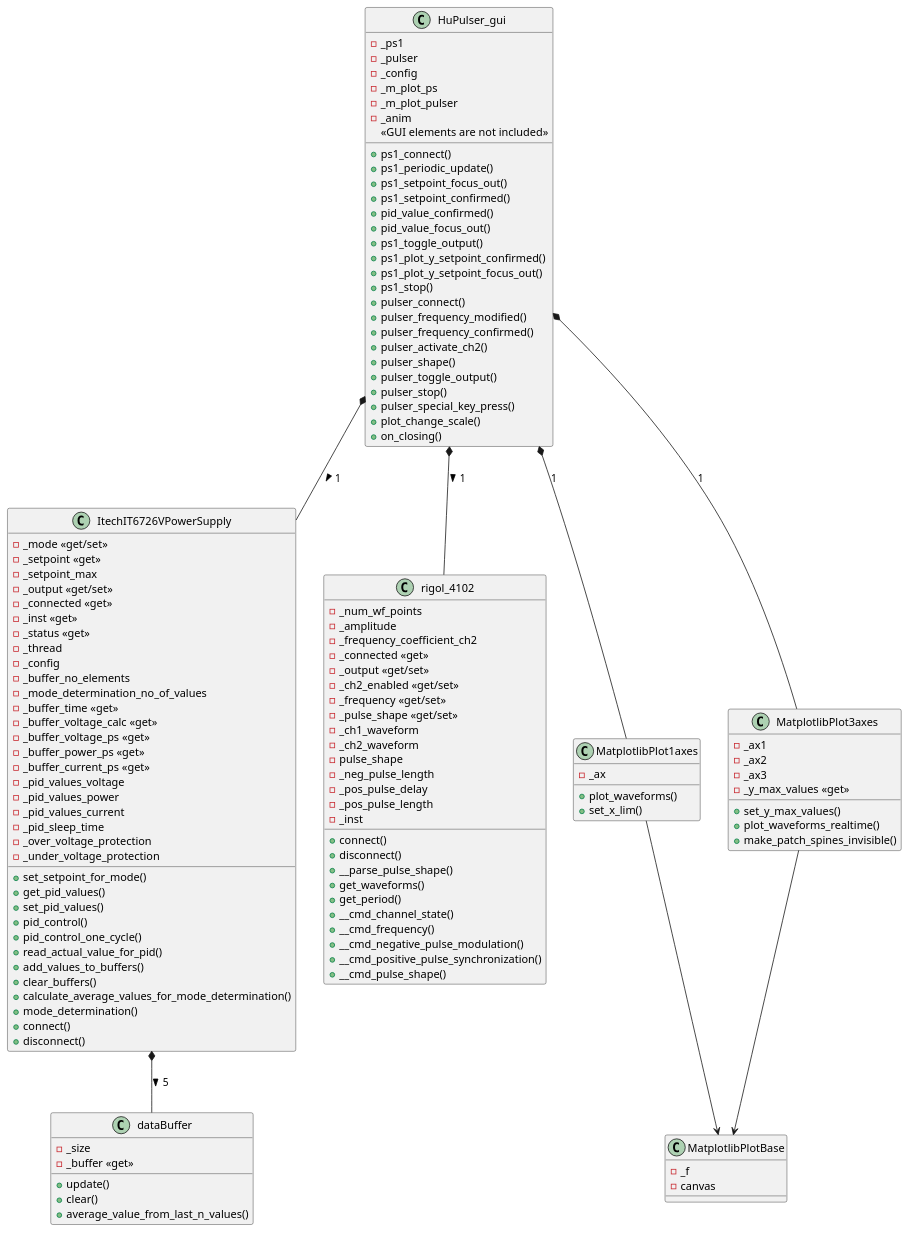
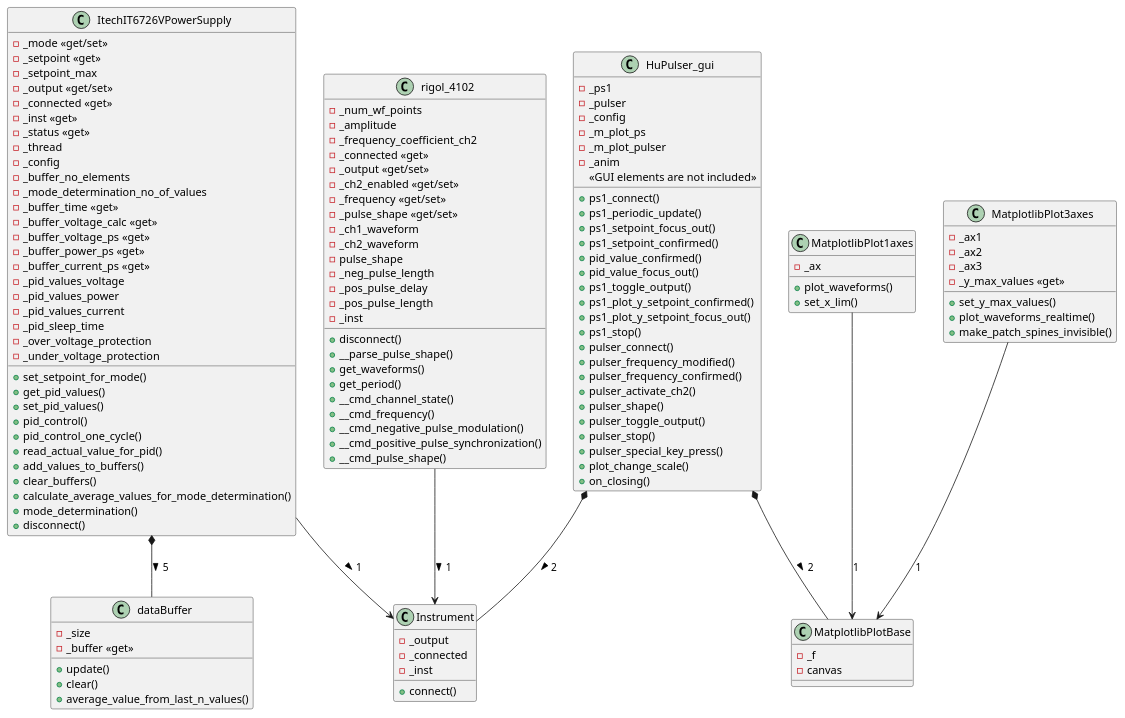
Before and after one commit to jircap/hupulser: the diagram in HuPulser_UML.puml, drawn with PlantUML. The commit also changed 5 other files, not shown here.

Commit message:
Hupulser with ITECH6726 power supply

```diff
--- a/HuPulser_UML.puml
+++ b/HuPulser_UML.puml
@@ -1,140 +1,146 @@
 @startuml
 class HuPulser_gui {
     - _ps1
     - _pulser
     - _config
     - _m_plot_ps
     - _m_plot_pulser
     - _anim
     << GUI elements are not included >>
 
     + ps1_connect()
     + ps1_periodic_update()
     + ps1_setpoint_focus_out()
     + ps1_setpoint_confirmed()
     + pid_value_confirmed()
     + pid_value_focus_out()
     + ps1_toggle_output()
     + ps1_plot_y_setpoint_confirmed()
     + ps1_plot_y_setpoint_focus_out()
     + ps1_stop()
     + pulser_connect()
     + pulser_frequency_modified()
     + pulser_frequency_confirmed()
     + pulser_activate_ch2()
     + pulser_shape()
     + pulser_toggle_output()
     + pulser_stop()
     + pulser_special_key_press()
     + plot_change_scale()
     + on_closing()
+}
+
+class Instrument {
+    - _output
+    - _connected
+    - _inst
+
+    + connect()
 }
 
 class ItechIT6726VPowerSupply {
     - _mode <<get/set>>
     - _setpoint <<get>>
     - _setpoint_max
     - _output <<get/set>>
     - _connected <<get>>
     - _inst <<get>>
     - _status <<get>>
     - _thread
     - _config
     - _buffer_no_elements
     - _mode_determination_no_of_values
     - _buffer_time <<get>>
     - _buffer_voltage_calc <<get>>
     - _buffer_voltage_ps <<get>>
     - _buffer_power_ps <<get>>
     - _buffer_current_ps <<get>>
     - _pid_values_voltage
     - _pid_values_power
     - _pid_values_current
     - _pid_sleep_time
     - _over_voltage_protection
     - _under_voltage_protection
 
     + set_setpoint_for_mode()
     + get_pid_values()
     + set_pid_values()
     + pid_control()
     + pid_control_one_cycle()
     + read_actual_value_for_pid()
     + add_values_to_buffers()
     + clear_buffers()
     + calculate_average_values_for_mode_determination()
     + mode_determination()
-    + connect()
     + disconnect()
 }
 
 class rigol_4102 {
     - _num_wf_points
     - _amplitude
     - _frequency_coefficient_ch2
     - _connected <<get>>
     - _output <<get/set>>
     - _ch2_enabled <<get/set>>
     - _frequency <<get/set>>
     - _pulse_shape <<get/set>>
     - _ch1_waveform
     - _ch2_waveform
     - pulse_shape
     - _neg_pulse_length
     - _pos_pulse_delay
     - _pos_pulse_length
     - _inst
 
-    + connect()
     + disconnect()
     + __parse_pulse_shape()
     + get_waveforms()
     + get_period()
     + __cmd_channel_state()
     + __cmd_frequency()
     + __cmd_negative_pulse_modulation()
     + __cmd_positive_pulse_synchronization()
     + __cmd_pulse_shape()
 }
 
 class MatplotlibPlotBase {
     - _f
     - canvas
 }
 
 class MatplotlibPlot1axes {
     - _ax
 
     + plot_waveforms()
     + set_x_lim()
 }
 
 class MatplotlibPlot3axes {
     - _ax1
     - _ax2
     - _ax3
     - _y_max_values <<get>>
 
     + set_y_max_values()
     + plot_waveforms_realtime()
     + make_patch_spines_invisible()
 }
 
 class dataBuffer {
     - _size
     - _buffer <<get>>
 
     + update()
     + clear()
     + average_value_from_last_n_values()
 }
-HuPulser_gui *-- MatplotlibPlot1axes : 1
-HuPulser_gui *-- MatplotlibPlot3axes : 1
-MatplotlibPlot1axes --> MatplotlibPlotBase
-MatplotlibPlot3axes --> MatplotlibPlotBase
-HuPulser_gui *-- ItechIT6726VPowerSupply : > 1
-HuPulser_gui *-- rigol_4102 : > 1
+HuPulser_gui *-- MatplotlibPlotBase : > 2
+MatplotlibPlot1axes --> MatplotlibPlotBase : 1
+MatplotlibPlot3axes --> MatplotlibPlotBase : 1
+HuPulser_gui *-- Instrument : > 2
+ItechIT6726VPowerSupply --> Instrument: > 1
+rigol_4102 --> Instrument: > 1
 ItechIT6726VPowerSupply *-- dataBuffer : > 5
 
 
 @enduml
```
